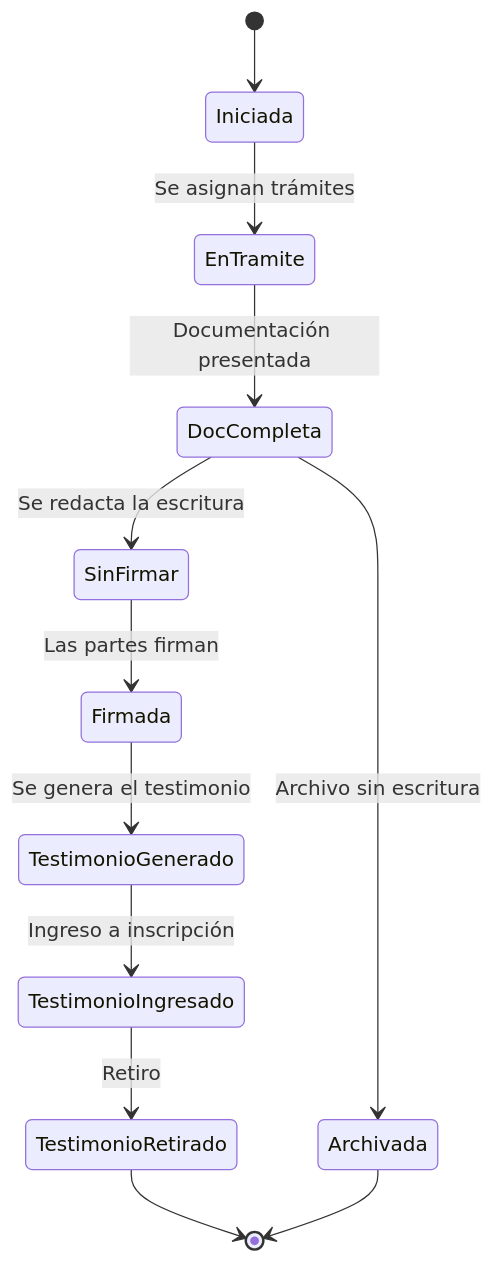
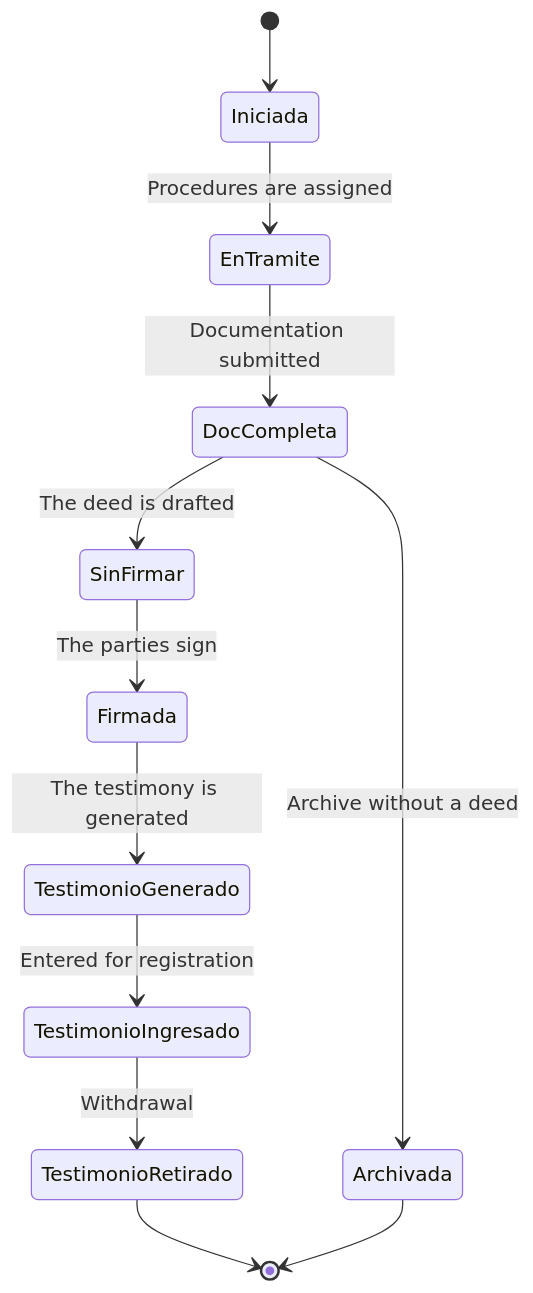
One commit to matiaspakua/notaire changed the third of 16 diagrams in docs/200-architecture/203-design/CICLO-DE-VIDA.md. Above: the diagram before and after it, drawn with Mermaid. The commit also changed other lines of this file and 52 other files, not shown here.

````diff
--- a/docs/200-architecture/203-design/CICLO-DE-VIDA.md
+++ b/docs/200-architecture/203-design/CICLO-DE-VIDA.md
@@ -126,14 +128,14 @@
 ```mermaid
 stateDiagram-v2
   [*] --> Iniciada
-  Iniciada --> EnTramite: Se asignan trámites
-  EnTramite --> DocCompleta: Documentación presentada
-  DocCompleta --> SinFirmar: Se redacta la escritura
-  SinFirmar --> Firmada: Las partes firman
-  Firmada --> TestimonioGenerado: Se genera el testimonio
-  TestimonioGenerado --> TestimonioIngresado: Ingreso a inscripción
-  TestimonioIngresado --> TestimonioRetirado: Retiro
-  DocCompleta --> Archivada: Archivo sin escritura
+  Iniciada --> EnTramite: Procedures are assigned
+  EnTramite --> DocCompleta: Documentation submitted
+  DocCompleta --> SinFirmar: The deed is drafted
+  SinFirmar --> Firmada: The parties sign
+  Firmada --> TestimonioGenerado: The testimony is generated
+  TestimonioGenerado --> TestimonioIngresado: Entered for registration
+  TestimonioIngresado --> TestimonioRetirado: Withdrawal
+  DocCompleta --> Archivada: Archive without a deed
   TestimonioRetirado --> [*]
   Archivada --> [*]
 ```
````
